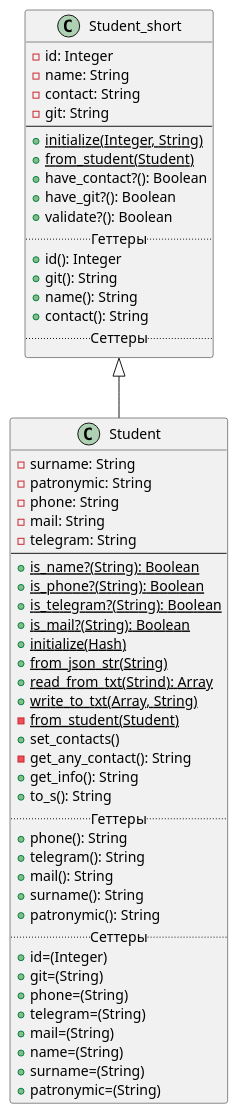
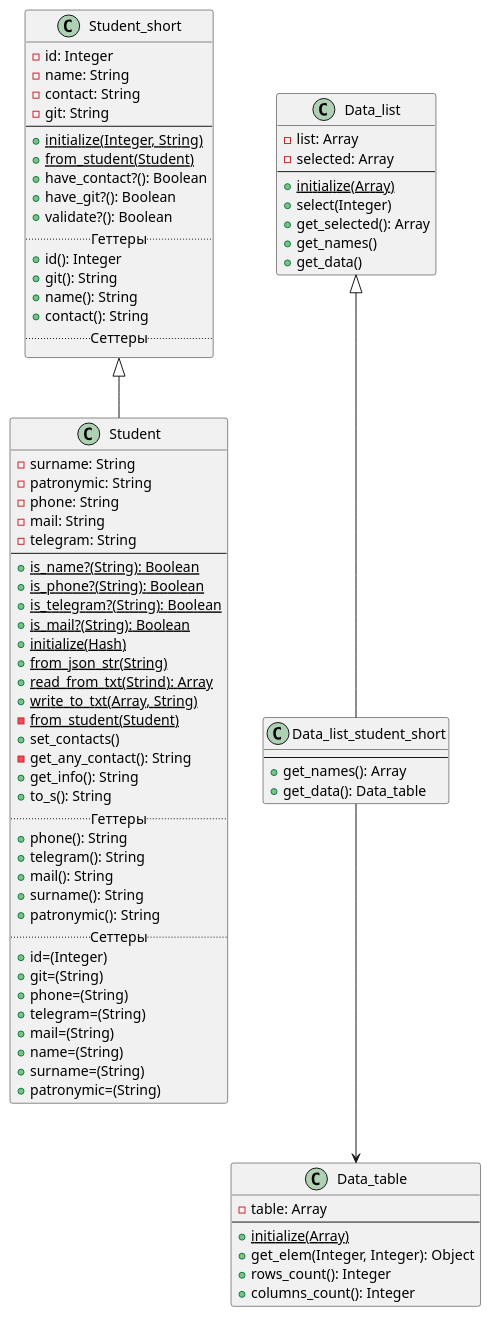
The diagram in Lab2/task1/StudentDiagram.puml (VitalijGolovij/PatternProgLabs), drawn with PlantUML before and after one commit. The commit also changed 2 other files, not shown here.

Commit message:
добавлена диаграмма

```diff
--- a/Lab2/task1/StudentDiagram.puml
+++ b/Lab2/task1/StudentDiagram.puml
@@ -1,60 +1,90 @@
 @startuml
 'https://plantuml.com/sequence-diagram
 Class Student_short
  {
       -id: Integer
       -name: String
       -contact: String
       -git: String
  --
       +{static}initialize(Integer, String)
       +{static}from_student(Student)
       +have_contact?(): Boolean
       +have_git?(): Boolean
       +validate?(): Boolean
       .. Геттеры ..
       +id(): Integer
       +git(): String
       +name(): String
       +contact(): String
       .. Сеттеры ..
   }
 
 
 Class Student extends Student_short{
      -surname: String
      -patronymic: String
      -phone: String
      -mail: String
      -telegram: String
 --
      +{static}is_name?(String): Boolean
      +{static}is_phone?(String): Boolean
      +{static}is_telegram?(String): Boolean
      +{static}is_mail?(String): Boolean
      +{static}initialize(Hash)
      +{static}from_json_str(String)
      +{static}read_from_txt(Strind): Array
      +{static}write_to_txt(Array, String)
      -{static}from_student(Student)
      +set_contacts()
      -get_any_contact(): String
      +get_info(): String
      +to_s(): String
      .. Геттеры ..
      +phone(): String
      +telegram(): String
      +mail(): String
      +surname(): String
      +patronymic(): String
      .. Сеттеры ..
      +id=(Integer)
      +git=(String)
      +phone=(String)
      +telegram=(String)
      +mail=(String)
      +name=(String)
      +surname=(String)
      +patronymic=(String)
  }
+
+Class Data_list
+ {
+      -list: Array
+      -selected: Array
+ --
+      +{static}initialize(Array)
+      +select(Integer)
+      +get_selected(): Array
+      +get_names()
+      +get_data()
+  }
+
+Class Data_list_student_short extends Data_list
+ {
+ --
+      +get_names(): Array
+      +get_data(): Data_table
+  }
+
+Class Data_table
+ {
+      -table: Array
+ --
+      +{static}initialize(Array)
+      +get_elem(Integer, Integer): Object
+      +rows_count(): Integer
+      +columns_count(): Integer
+  }
+Data_list_student_short --> Data_table
 @enduml
```
